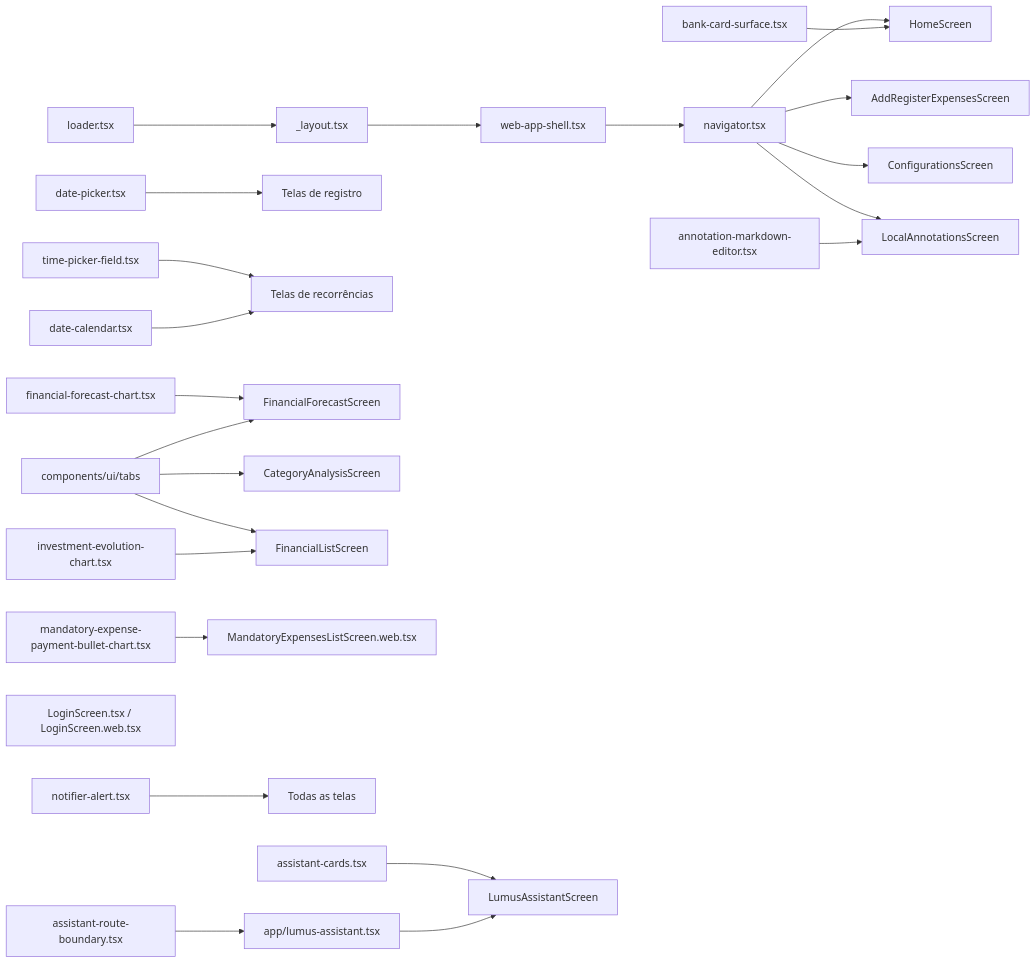
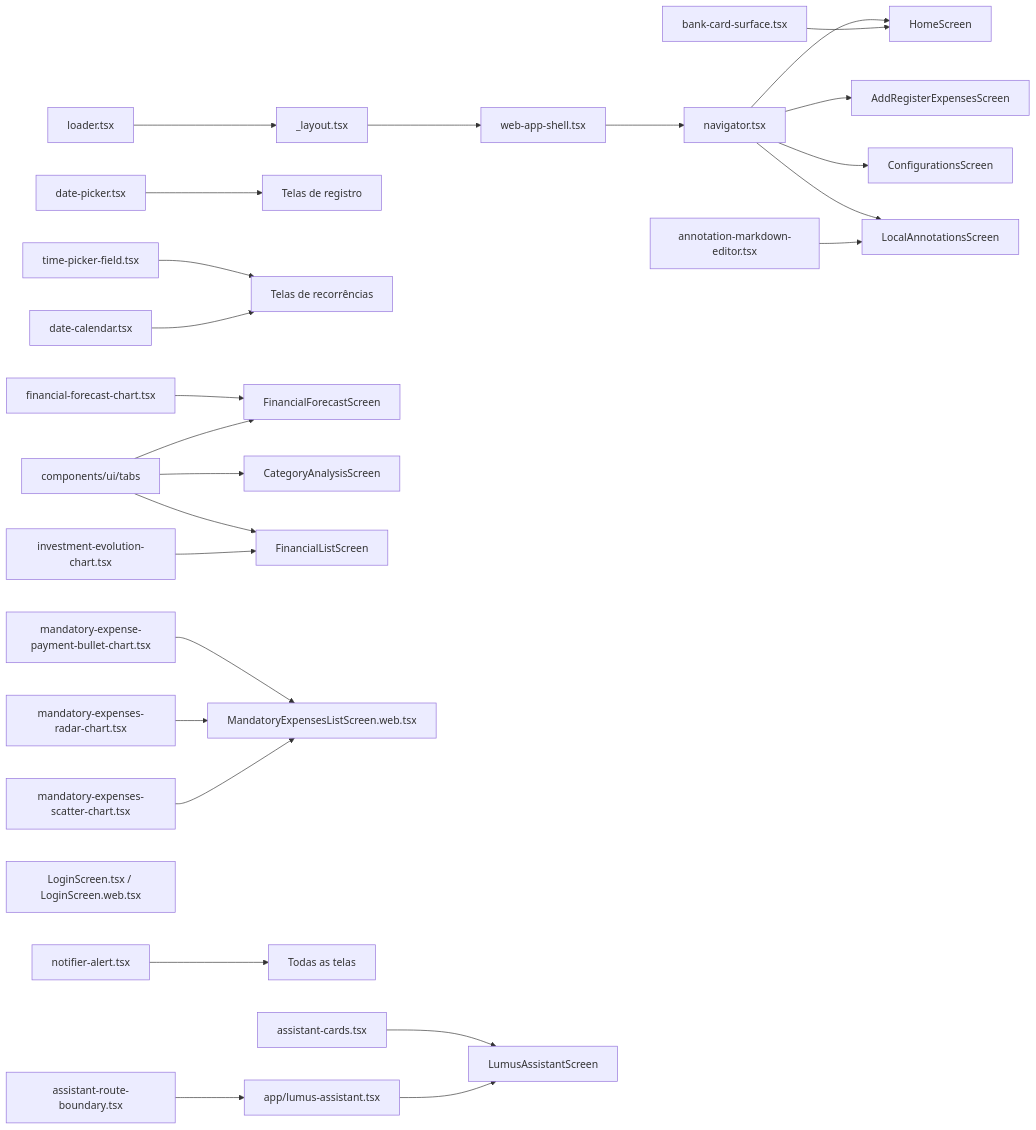
Before and after one commit to gabrielmazz/finances-app: the diagram in Arquitetura/Componentes UI.md, drawn with Mermaid. The commit also changed other lines of this file and 6 other files, not shown here.

Commit message:
NS54 - Adição dos gráficos radar por categoria e scatter pelos dias de vencimento

````diff
--- a/Arquitetura/Componentes UI.md
+++ b/Arquitetura/Componentes UI.md
@@ -115,26 +117,28 @@
 ```mermaid
 graph LR
     NAV[navigator.tsx] --> HOME[HomeScreen]
     LAYOUT["app-root.tsx"] --> WSH[web-app-shell.tsx]
     WSH --> NAV
     NAV --> CTRL[AddRegisterExpensesScreen]
     NAV --> CFG[ConfigurationsScreen]
     NAV --> ANS[LocalAnnotationsScreen]
     AME[annotation-markdown-editor.tsx] --> ANS
     BCS[bank-card-surface.tsx] --> HOME
     DP[date-picker.tsx] --> REG[Telas de registro]
     TP[time-picker-field.tsx] --> MAN[Telas de recorrências]
     FFC[financial-forecast-chart.tsx] --> FFS[FinancialForecastScreen]
     TABS[components/ui/tabs] --> FFS
     TABS --> CAS[CategoryAnalysisScreen]
     TABS --> FLS[FinancialListScreen]
     IEC[investment-evolution-chart.tsx] --> FLS[FinancialListScreen]
     DC[date-calendar.tsx] --> MAN[Telas de recorrências]
     PEBC[mandatory-expense-payment-bullet-chart.tsx] --> MEL[MandatoryExpensesListScreen.web.tsx]
+    PERC[mandatory-expenses-radar-chart.tsx] --> MEL
+    PESC[mandatory-expenses-scatter-chart.tsx] --> MEL
     NA[notifier-alert.tsx] --> ALL[Todas as telas]
     LOG[LoginScreen.tsx / LoginScreen.web.tsx]
     LDR[loader.tsx] --> LAYOUT["_layout.tsx"]
     LAC[assistant-cards.tsx] --> LAS[LumusAssistantScreen]
     ARB[assistant-route-boundary.tsx] --> LAR[app/lumus-assistant.tsx]
     LAR --> LAS
 ```
````
